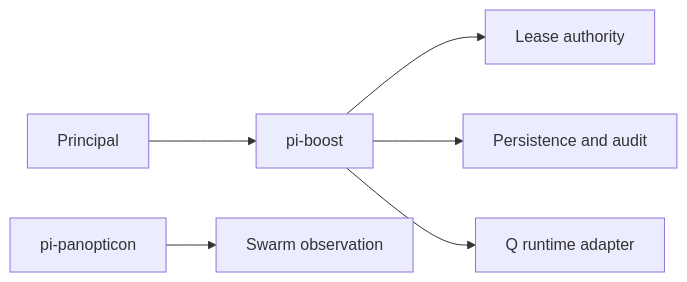
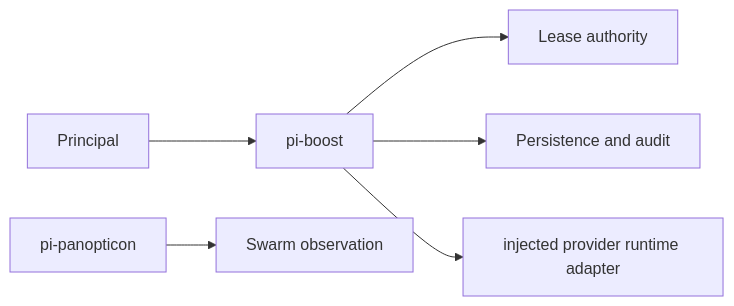
Diagram 23 of 23 in docs/architecture.md (tS7hKamAYL84j91/pi-tools-and-skills), drawn with Mermaid before and after one commit. The commit also changed other lines of this file and 22 other files, not shown here.

````diff
--- a/docs/architecture.md
+++ b/docs/architecture.md
@@ -792,8 +792,8 @@
 ```mermaid
 flowchart LR
   Principal --> Boost[pi-boost]
   Boost --> Authority[Lease authority]
   Boost --> Audit[Persistence and audit]
-  Boost --> Runtime[Q runtime adapter]
+  Boost --> Runtime[injected provider runtime adapter]
   Panopticon[pi-panopticon] --> Swarm[Swarm observation]
 ```
````
